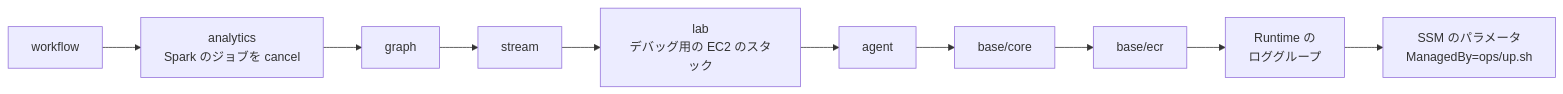
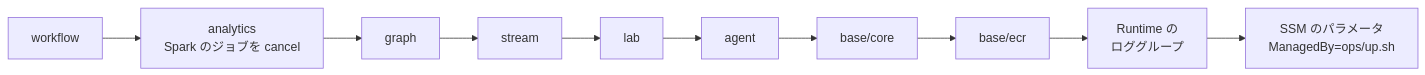
Before and after one commit to eddie-eights/cf-netops-sandbox: the diagram in docs/deploy.md, drawn with Mermaid. The commit also changed other lines of this file and 16 other files, not shown here.

First line of the commit message:
デバッグ用の EC2 を ops/up.sh / ops/down.sh から切り離し、CloudFormation（ops/lab-debug.sh）だけで扱う

````diff
--- a/docs/deploy.md
+++ b/docs/deploy.md
@@ -74,4 +73,4 @@
 ```mermaid
 flowchart LR
-  A["workflow"] --> B["analytics<br/>Spark のジョブを cancel"] --> C["graph"] --> D["stream"] --> E["lab<br/>デバッグ用の EC2 のスタック"] --> F["agent"] --> G["base/core"] --> H["base/ecr"] --> I["Runtime の<br/>ロググループ"] --> J["SSM のパラメータ<br/>ManagedBy=ops/up.sh"]
+  A["workflow"] --> B["analytics<br/>Spark のジョブを cancel"] --> C["graph"] --> D["stream"] --> E["lab"] --> F["agent"] --> G["base/core"] --> H["base/ecr"] --> I["Runtime の<br/>ロググループ"] --> J["SSM のパラメータ<br/>ManagedBy=ops/up.sh"]
 ```
````
